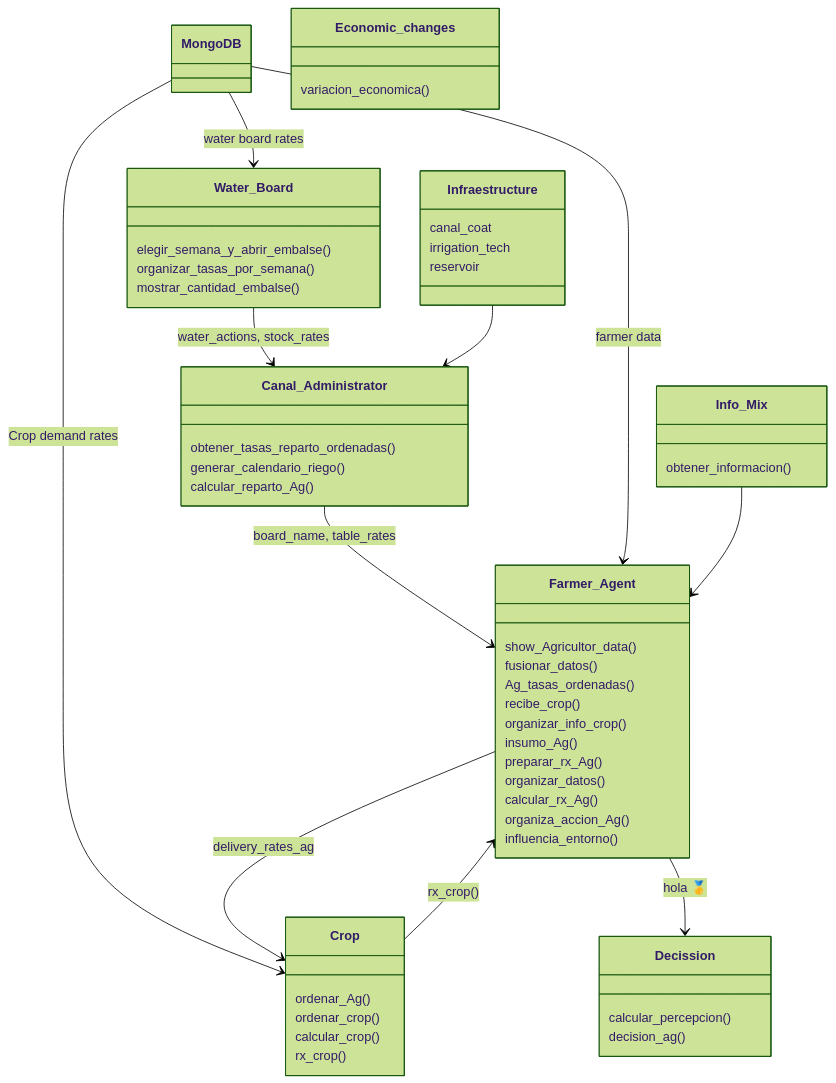
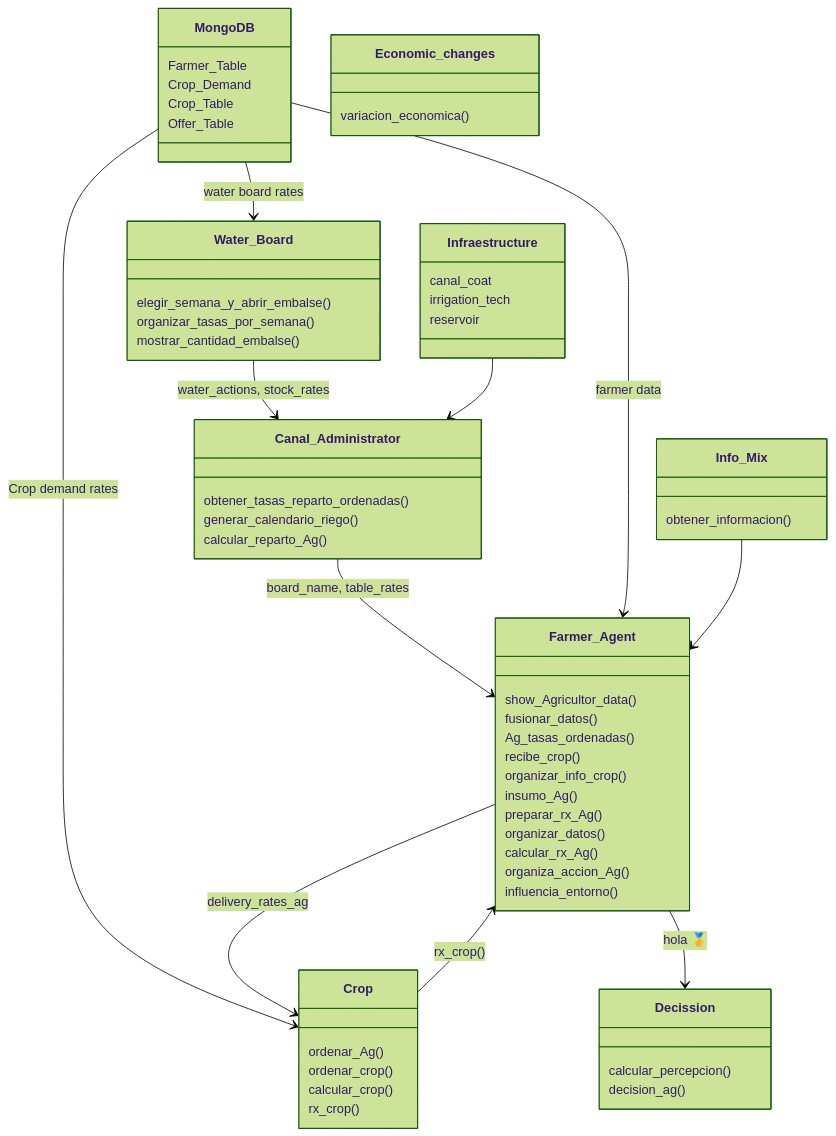
Before and after one commit to Pablov81/Agrotopia: the diagram in README.md, drawn with Mermaid (forest theme).

````diff
--- a/README.md
+++ b/README.md
@@ -46,68 +46,72 @@
 ```mermaid
 classDiagram
     class MongoDB {
+        Farmer_Table
+        Crop_Demand
+        Crop_Table
+        Offer_Table
     }
 
     class Water_Board {
         elegir_semana_y_abrir_embalse()
         organizar_tasas_por_semana()
         mostrar_cantidad_embalse()
     }
 
     class Canal_Administrator{
         obtener_tasas_reparto_ordenadas()
         generar_calendario_riego()
         calcular_reparto_Ag()
     }
 
     class Farmer_Agent {
         show_Agricultor_data()
         fusionar_datos()
         Ag_tasas_ordenadas()
         recibe_crop()
         organizar_info_crop()
         insumo_Ag()
         preparar_rx_Ag()
         organizar_datos()
         calcular_rx_Ag()
         organiza_accion_Ag()
         influencia_entorno()
     }
 
     class Crop {
         ordenar_Ag()
         ordenar_crop()
         calcular_crop()
         rx_crop()
     }
 
     class Decission {
         calcular_percepcion()
         decision_ag()
     }
 
     class Info_Mix {
         obtener_informacion()
     }
 
     class Infraestructure {
         canal_coat
         irrigation_tech
         reservoir
     }
 
     class Economic_changes {
         variacion_economica()
     }
 
     Water_Board --> Canal_Administrator: water_actions, stock_rates
     Canal_Administrator --> Farmer_Agent: board_name, table_rates
     MongoDB --> Water_Board: water board rates
     MongoDB --> Farmer_Agent: farmer data
     MongoDB --> Crop: Crop demand rates
     Farmer_Agent --> Crop: delivery_rates_ag
     Farmer_Agent --> Decission:hola 🥇
     Info_Mix-->Farmer_Agent
     Infraestructure-->Canal_Administrator
     Crop --> Farmer_Agent:rx_crop()
 ```
````
